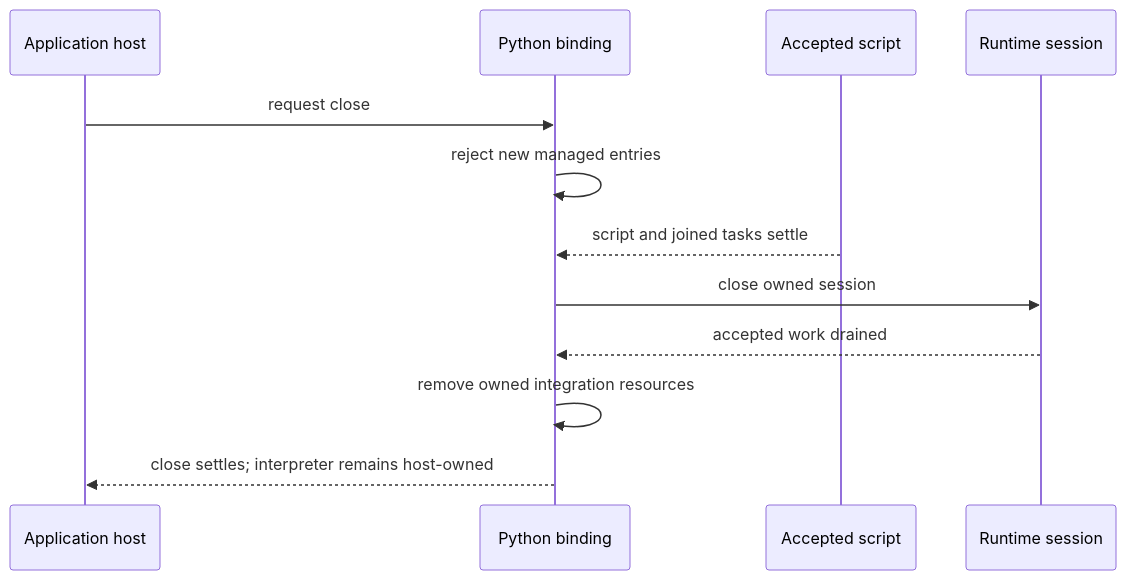
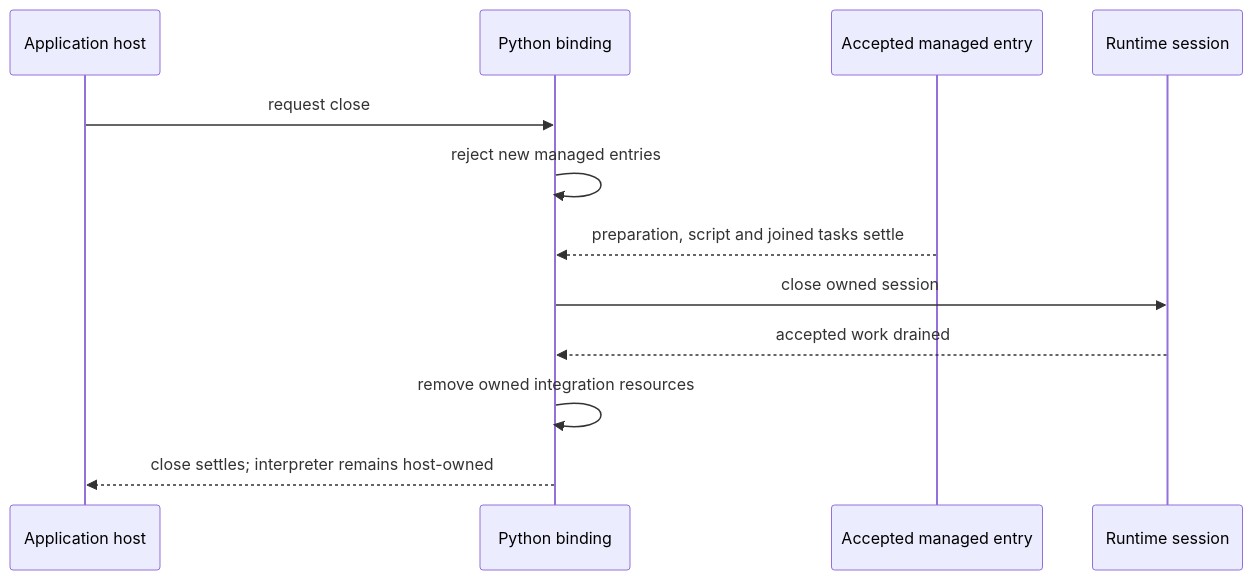
Before and after one commit to isaacperez/tabgrad: the second of 2 diagrams in docs/architecture/python-integration.md, drawn with Mermaid. The commit also changed other lines of this file and 11 other files, not shown here.

````diff
--- a/docs/architecture/python-integration.md
+++ b/docs/architecture/python-integration.md
@@ -113,14 +131,14 @@
 ```mermaid
 sequenceDiagram
     participant Host as Application host
     participant Binding as Python binding
-    participant Python as Accepted script
+    participant Entry as Accepted managed entry
     participant Runtime as Runtime session
     Host->>Binding: request close
     Binding->>Binding: reject new managed entries
-    Python-->>Binding: script and joined tasks settle
+    Entry-->>Binding: preparation, script and joined tasks settle
     Binding->>Runtime: close owned session
     Runtime-->>Binding: accepted work drained
     Binding->>Binding: remove owned integration resources
     Binding-->>Host: close settles#59; interpreter remains host-owned
 ```
````
